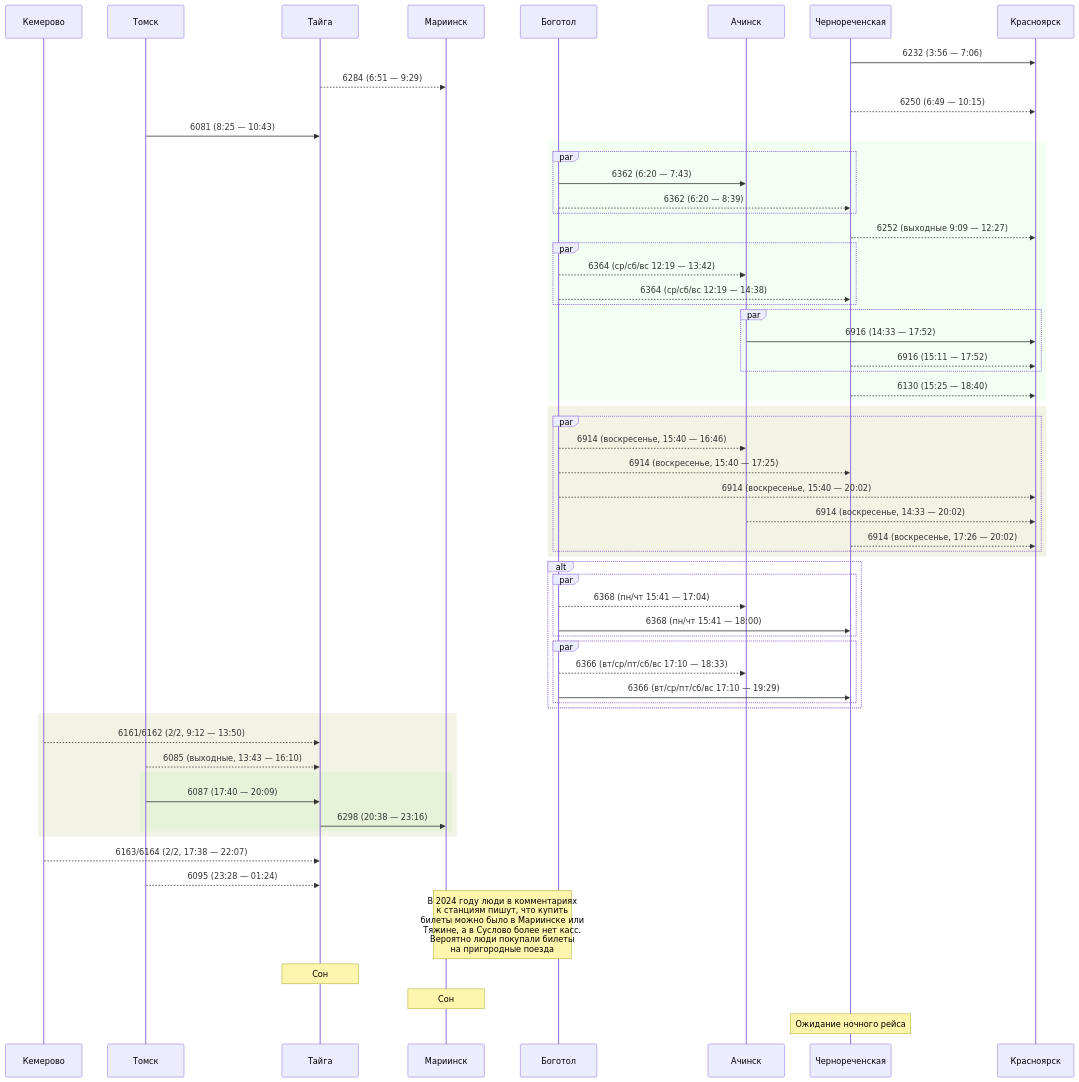
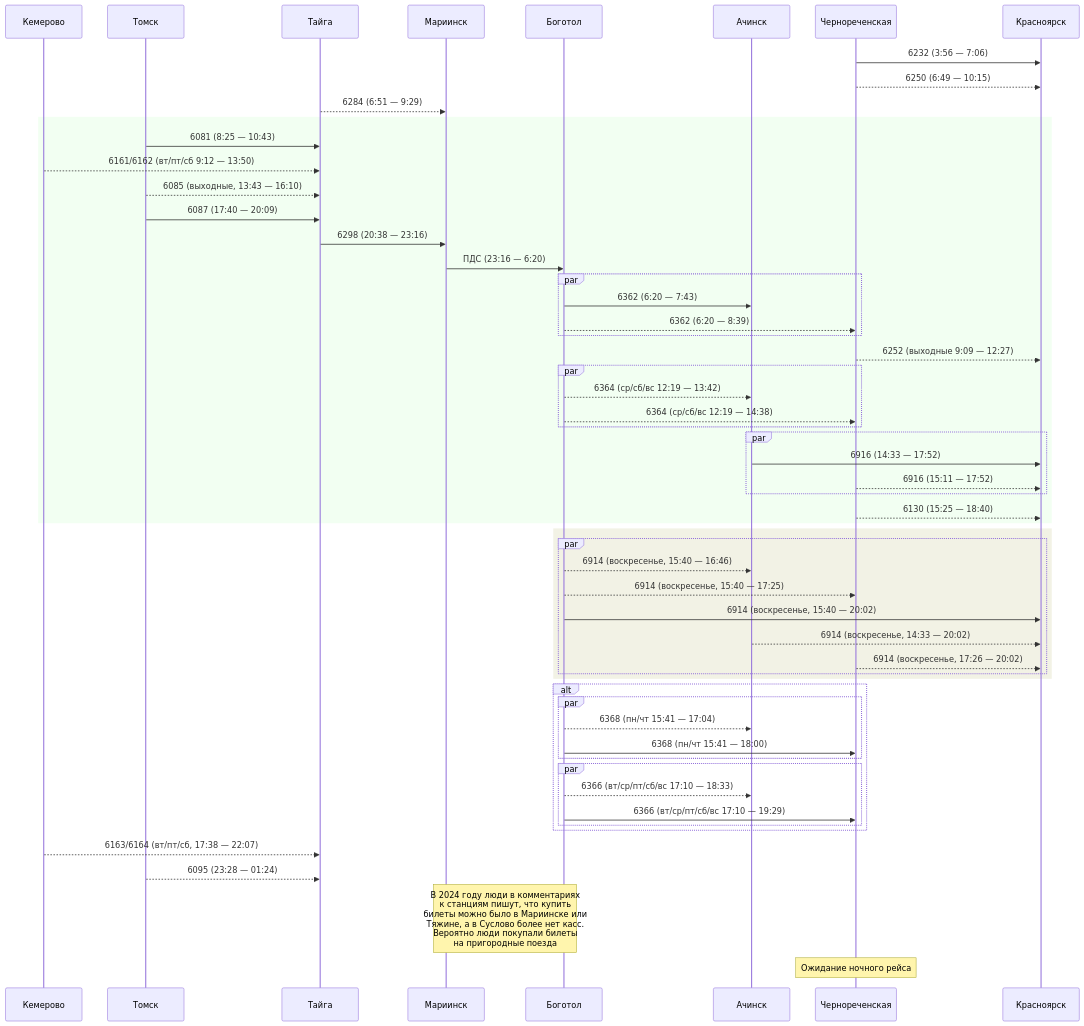
One commit to u0feff/Pezda changed the fifth of 11 diagrams in README.md. Above: the diagram before and after it, drawn with Mermaid. The commit also changed other lines of this file, not shown here.

Commit message:
Add Красноярск - Иркутск, correct other paths for safety and better understanding

````diff
--- a/README.md
+++ b/README.md
@@ -206,81 +214,77 @@
 ```mermaid
 sequenceDiagram
     participant Кемерово
     participant Томск
     participant Тайга
     participant Мариинск
     participant Боготол
     participant Ачинск
     participant Чернореченская
     participant Красноярск
 
     Чернореченская->>Красноярск: 6232 (3:56 — 7:06)
 
+    Чернореченская-->>Красноярск: 6250 (6:49 — 10:15)
+
     Тайга-->>Мариинск: 6284 (6:51 — 9:29)
 
-    Чернореченская-->>Красноярск: 6250 (6:49 — 10:15)
-
+    rect rgba(0, 255, 0, 0.05)
     Томск->>Тайга: 6081 (8:25 — 10:43)
 
-    rect rgba(0, 255, 0, 0.05)
+    Кемерово-->>Тайга: 6161/6162 (вт/пт/сб 9:12 — 13:50)
+
+    Томск-->>Тайга: 6085 (выходные, 13:43 — 16:10)
+
+    Томск->>Тайга: 6087 (17:40 — 20:09)
+    Тайга->>Мариинск: 6298 (20:38 — 23:16)
+
+    Мариинск->>Боготол: ПДС (23:16 — 6:20)
+
     par
     Боготол->>Ачинск: 6362 (6:20 — 7:43)
     Боготол-->>Чернореченская: 6362 (6:20 — 8:39)
     end
     Чернореченская-->>Красноярск: 6252 (выходные 9:09 — 12:27)
 
     par
     Боготол-->>Ачинск: 6364 (ср/сб/вс 12:19 — 13:42)
     Боготол-->>Чернореченская: 6364 (ср/сб/вс 12:19 — 14:38)
     end
 
     par
     Ачинск->>Красноярск: 6916 (14:33 — 17:52)
     Чернореченская-->>Красноярск: 6916 (15:11 — 17:52)
     end
 
     Чернореченская-->>Красноярск: 6130 (15:25 — 18:40)
     end
 
     rect rgba(127, 127, 0, 0.1)
     par
     Боготол-->>Ачинск: 6914 (воскресенье, 15:40 — 16:46)
     Боготол-->>Чернореченская: 6914 (воскресенье, 15:40 — 17:25)
-    Боготол-->>Красноярск: 6914 (воскресенье, 15:40 — 20:02)
+    Боготол->>Красноярск: 6914 (воскресенье, 15:40 — 20:02)
     Ачинск-->>Красноярск: 6914 (воскресенье, 14:33 — 20:02)
     Чернореченская-->>Красноярск: 6914 (воскресенье, 17:26 — 20:02)
     end
     end
 
     alt
     par
     Боготол-->>Ачинск: 6368 (пн/чт 15:41 — 17:04)
     Боготол->>Чернореченская: 6368 (пн/чт 15:41 — 18:00)
     end
 
     par
     Боготол-->>Ачинск: 6366 (вт/ср/пт/сб/вс 17:10 — 18:33)
     Боготол->>Чернореченская: 6366 (вт/ср/пт/сб/вс 17:10 — 19:29)
     end
     end
 
-    rect rgba(127, 127, 0, 0.1)
-    Кемерово-->>Тайга: 6161/6162 (2/2, 9:12 — 13:50)
-
-    Томск-->>Тайга: 6085 (выходные, 13:43 — 16:10)
-
-    rect rgba(0, 255, 0, 0.05)
-    Томск->>Тайга: 6087 (17:40 — 20:09)
-    Тайга->>Мариинск: 6298 (20:38 — 23:16)
-    end
-    end
-
-    Кемерово-->>Тайга: 6163/6164 (2/2, 17:38 — 22:07)
+    Кемерово-->>Тайга: 6163/6164 (вт/пт/сб, 17:38 — 22:07)
 
     Томск-->>Тайга: 6095 (23:28 — 01:24)
 
     Note over Мариинск,Боготол: В 2024 году люди в комментариях<br>к станциям пишут, что купить<br>билеты можно было в Мариинске или<br>Тяжине, а в Суслово более нет касс.<br>Вероятно люди покупали билеты<br>на пригородные поезда
-    Note over Тайга: Сон
-    Note over Мариинск: Сон
     Note over Чернореченская: Ожидание ночного рейса
 ```
````
